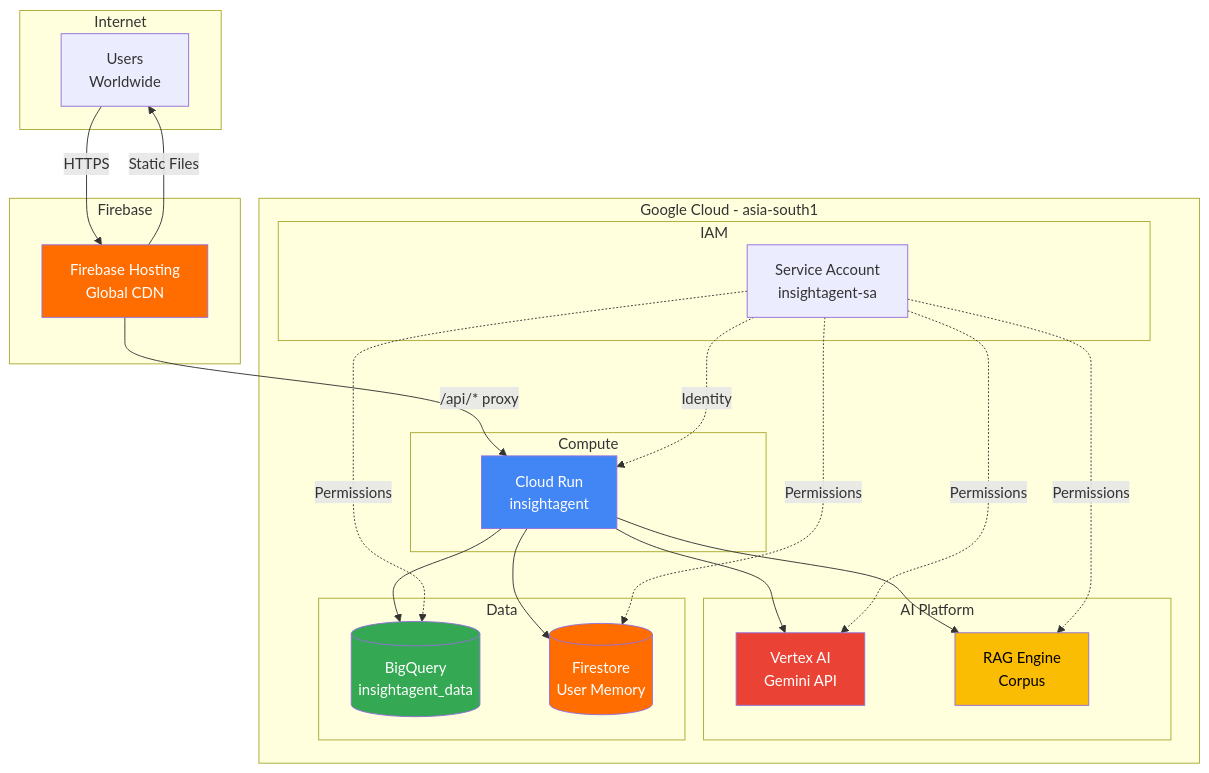
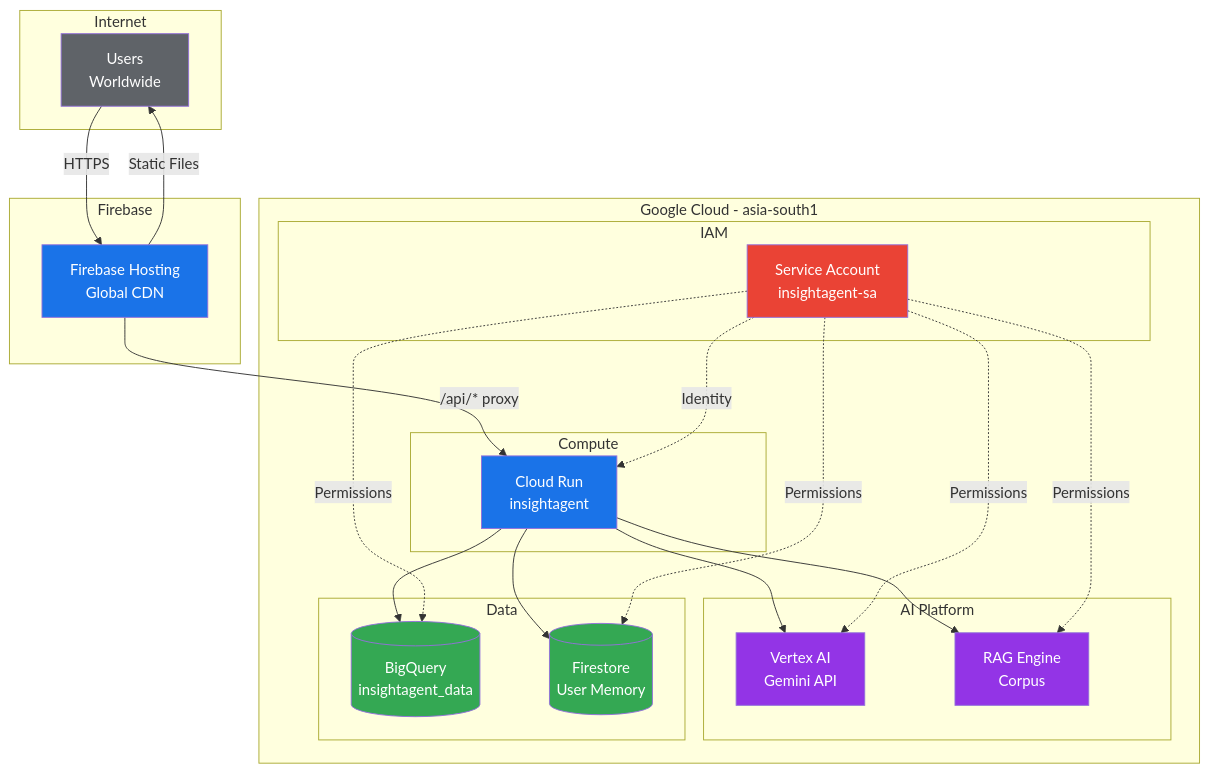
One commit to gadekar-pravin/InsightAgent changed diagram 13 of 23 in ARCHITECTURE.md. Above: the diagram before and after it, drawn with Mermaid. The commit also changed other lines of this file, not shown here.

First line of the commit message:
Implement consistent color theme for all Mermaid diagrams

````diff
--- a/ARCHITECTURE.md
+++ b/ARCHITECTURE.md
@@ -470,49 +537,51 @@
 ```mermaid
 flowchart TB
     subgraph "Internet"
         USERS[Users<br/>Worldwide]
     end
 
     subgraph "Firebase"
         CDN[Firebase Hosting<br/>Global CDN]
     end
 
     subgraph "Google Cloud - asia-south1"
         subgraph "Compute"
             CR[Cloud Run<br/>insightagent]
         end
 
         subgraph "AI Platform"
             VERTEX[Vertex AI<br/>Gemini API]
             RAG[RAG Engine<br/>Corpus]
         end
 
         subgraph "Data"
             BQ[(BigQuery<br/>insightagent_data)]
             FS[(Firestore<br/>User Memory)]
         end
 
         subgraph "IAM"
             SA[Service Account<br/>insightagent-sa]
         end
     end
 
     USERS -->|HTTPS| CDN
     CDN -->|Static Files| USERS
     CDN -->|/api/* proxy| CR
 
     CR --> VERTEX
     CR --> RAG
     CR --> BQ
     CR --> FS
 
     SA -.->|Identity| CR
     SA -.->|Permissions| VERTEX & RAG & BQ & FS
 
-    style CDN fill:#FF6D01,color:#fff
-    style CR fill:#4285F4,color:#fff
-    style VERTEX fill:#EA4335,color:#fff
-    style RAG fill:#FBBC04,color:#000
+    style USERS fill:#5F6368,color:#fff
+    style CDN fill:#1A73E8,color:#fff
+    style CR fill:#1A73E8,color:#fff
+    style VERTEX fill:#9334E6,color:#fff
+    style RAG fill:#9334E6,color:#fff
     style BQ fill:#34A853,color:#fff
-    style FS fill:#FF6D01,color:#fff
+    style FS fill:#34A853,color:#fff
+    style SA fill:#EA4335,color:#fff
 ```
````
